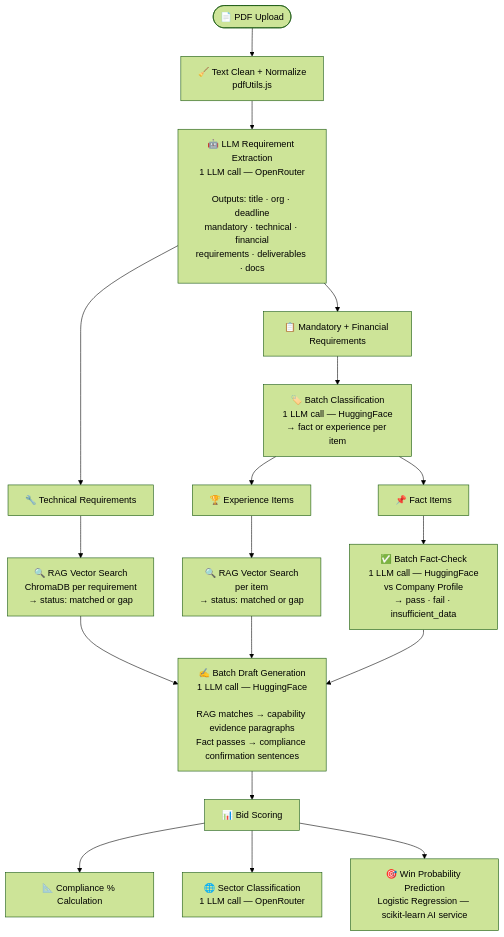
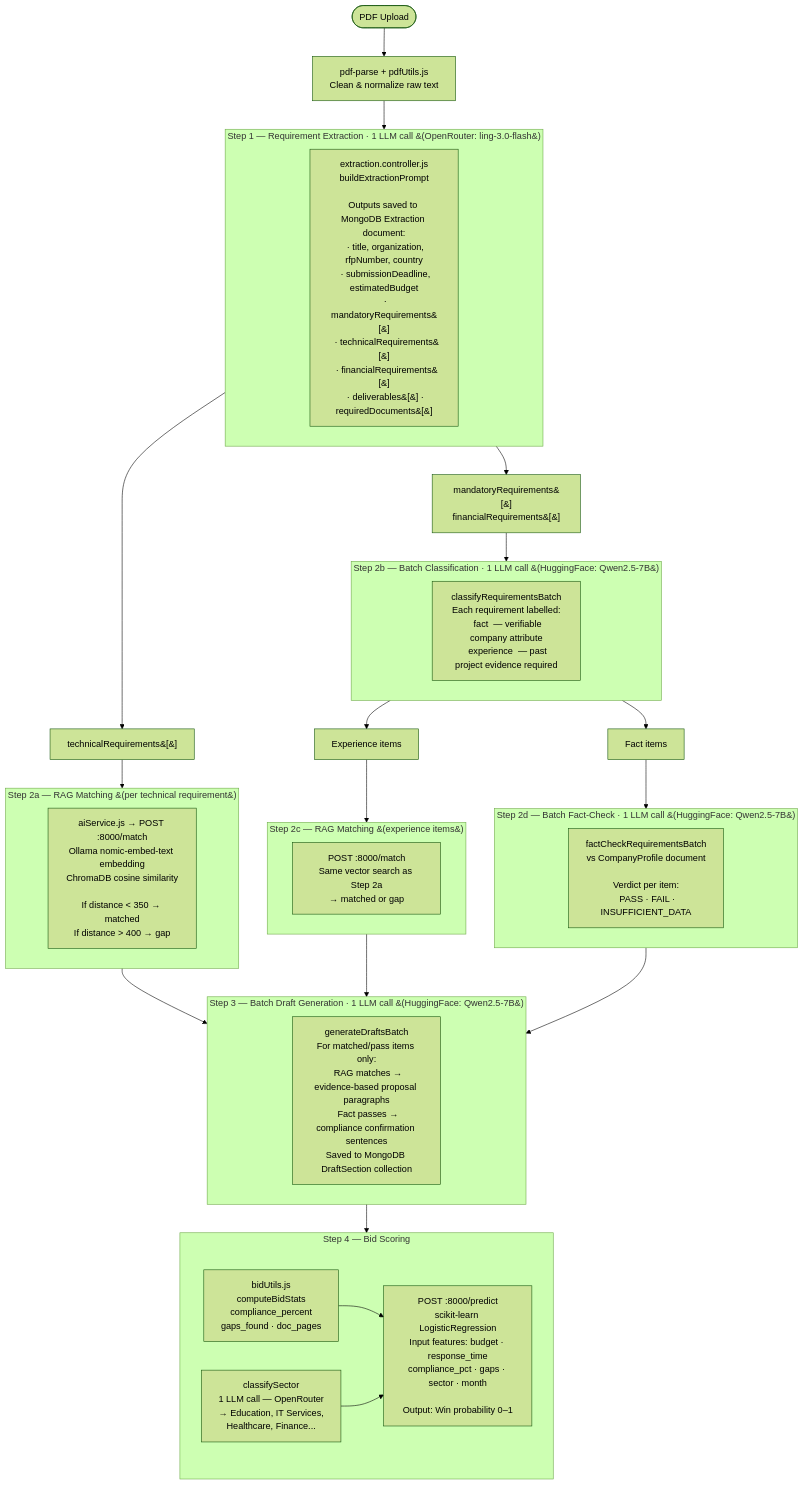
The second of 2 diagrams in README.md (ShamirAli55/BidIQ), drawn with Mermaid (forest theme) before and after one commit. The commit also changed other lines of this file, not shown here.

Commit message:
docs: update system architecture and process flow diagrams in README.md

````diff
--- a/README.md
+++ b/README.md
@@ -414,30 +436,69 @@
 ```mermaid
 flowchart TD
-    A(["📄 PDF Upload"])
-    B["🧹 Text Clean + Normalize\npdfUtils.js"]
-    C["🤖 LLM Requirement Extraction\n1 LLM call — OpenRouter\n\nOutputs: title · org · deadline\nmandatory · technical · financial\nrequirements · deliverables · docs"]
+    classDef input fill:#0f2027,stroke:#38bdf8,color:#e0f2fe
+    classDef process fill:#0f1f0f,stroke:#4ade80,color:#dcfce7
+    classDef llm fill:#1a0f2e,stroke:#a78bfa,color:#ede9fe
+    classDef rag fill:#1a1a0f,stroke:#facc15,color:#fef9c3
+    classDef output fill:#1f0f0f,stroke:#f87171,color:#fee2e2
+    classDef score fill:#0f1a2e,stroke:#60a5fa,color:#dbeafe
 
-    A --> B --> C
+    PDF(["PDF Upload"])
+    Clean["pdf-parse + pdfUtils.js\nClean & normalize raw text"]
 
-    C --> D["🔧 Technical Requirements"]
-    C --> E["📋 Mandatory + Financial Requirements"]
+    PDF --> Clean
 
-    D --> D1["🔍 RAG Vector Search\nChromaDB per requirement\n→ status: matched or gap"]
+    Clean --> Extract
 
-    E --> F["🏷️ Batch Classification\n1 LLM call — HuggingFace\n→ fact or experience per item"]
+    subgraph Extract [" Step 1 — Requirement Extraction  ·  1 LLM call &#40;OpenRouter: ling-3.0-flash&#41; "]
+        direction LR
+        ExtractNode["extraction.controller.js\nbuildExtractionPrompt\n\nOutputs saved to MongoDB Extraction document:\n  · title, organization, rfpNumber, country\n  · submissionDeadline, estimatedBudget\n  · mandatoryRequirements&#91;&#93;\n  · technicalRequirements&#91;&#93;\n  · financialRequirements&#91;&#93;\n  · deliverables&#91;&#93; · requiredDocuments&#91;&#93;"]
+    end
 
-    F --> G["🏆 Experience Items"]
-    F --> H["📌 Fact Items"]
+    Extract --> TechReqs["technicalRequirements&#91;&#93;"]
+    Extract --> MandFin["mandatoryRequirements&#91;&#93;\nfinancialRequirements&#91;&#93;"]
 
-    G --> G1["🔍 RAG Vector Search\nper item\n→ status: matched or gap"]
-    H --> H1["✅ Batch Fact-Check\n1 LLM call — HuggingFace\nvs Company Profile\n→ pass · fail · insufficient_data"]
+    subgraph TechMatch [" Step 2a — RAG Matching  &#40;per technical requirement&#41; "]
+        TechRAG["aiService.js → POST :8000/match\nOllama nomic-embed-text embedding\nChromaDB cosine similarity\n\nIf distance < 350 → matched\nIf distance > 400 → gap"]
+    end
 
-    D1 --> I["✍️ Batch Draft Generation\n1 LLM call — HuggingFace\n\nRAG matches → capability evidence paragraphs\nFact passes → compliance confirmation sentences"]
-    G1 --> I
-    H1 --> I
+    TechReqs --> TechMatch
 
-    I --> J["📊 Bid Scoring"]
-    J --> J1["📐 Compliance % Calculation"]
-    J --> J2["🌐 Sector Classification\n1 LLM call — OpenRouter"]
-    J --> J3["🎯 Win Probability Prediction\nLogistic Regression — scikit-learn AI service"]
+    subgraph ClassifyStep [" Step 2b — Batch Classification  ·  1 LLM call &#40;HuggingFace: Qwen2.5-7B&#41; "]
+        ClassifyNode["classifyRequirementsBatch\nEach requirement labelled:\n  fact  — verifiable company attribute\n  experience  — past project evidence required"]
+    end
+
+    MandFin --> ClassifyStep
+
+    ClassifyStep --> ExpItems["Experience items"]
+    ClassifyStep --> FactItems["Fact items"]
+
+    subgraph ExpMatch [" Step 2c — RAG Matching  &#40;experience items&#41; "]
+        ExpRAG["POST :8000/match\nSame vector search as Step 2a\n→ matched or gap"]
+    end
+
+    subgraph FactCheck [" Step 2d — Batch Fact-Check  ·  1 LLM call &#40;HuggingFace: Qwen2.5-7B&#41; "]
+        FactNode["factCheckRequirementsBatch\nvs CompanyProfile document\n\nVerdict per item:\n  PASS · FAIL · INSUFFICIENT_DATA"]
+    end
+
+    ExpItems --> ExpMatch
+    FactItems --> FactCheck
+
+    TechMatch --> Drafts
+    ExpMatch --> Drafts
+    FactCheck --> Drafts
+
+    subgraph Drafts [" Step 3 — Batch Draft Generation  ·  1 LLM call &#40;HuggingFace: Qwen2.5-7B&#41; "]
+        DraftNode["generateDraftsBatch\nFor matched/pass items only:\n  RAG matches → evidence-based proposal paragraphs\n  Fact passes → compliance confirmation sentences\nSaved to MongoDB DraftSection collection"]
+    end
+
+    Drafts --> Scoring
+
+    subgraph Scoring [" Step 4 — Bid Scoring "]
+        direction LR
+        Compliance["bidUtils.js\ncomputeBidStats\ncompliance_percent\ngaps_found · doc_pages"]
+        Sector["classifySector\n1 LLM call — OpenRouter\n→ Education, IT Services,\n  Healthcare, Finance..."]
+        Win["POST :8000/predict\nscikit-learn LogisticRegression\nInput features: budget · response_time\ncompliance_pct · gaps · sector · month\n\nOutput: Win probability 0–1"]
+        Compliance --> Win
+        Sector --> Win
+    end
 ```
````
